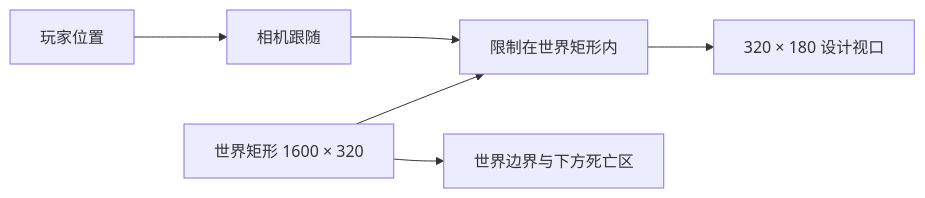
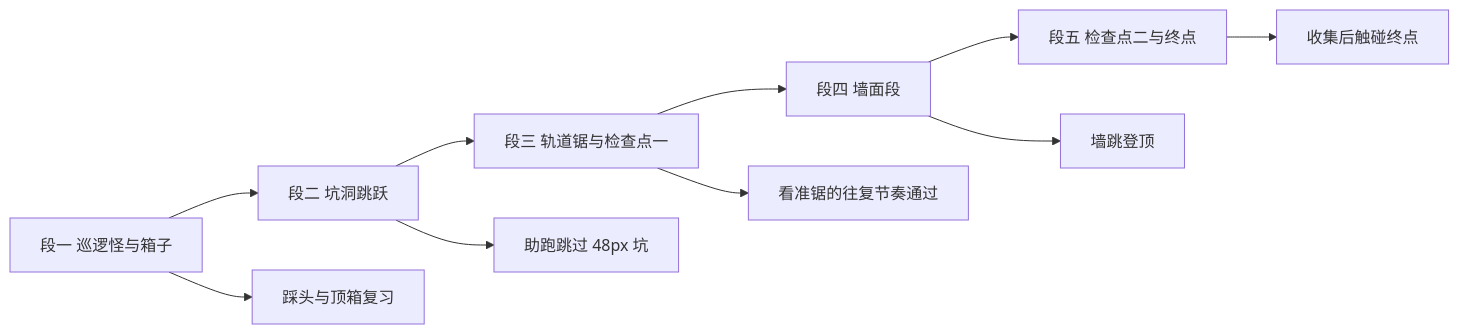
Before and after one commit to jesspig/Godot-Autopilot: the second of 3 diagrams in Example/docs/gdd/level-design.md, drawn with Mermaid. The commit also changed other lines of this file and 9 other files, not shown here.

````diff
--- a/Example/docs/gdd/level-design.md
+++ b/Example/docs/gdd/level-design.md
@@ -90,8 +145,12 @@
 ```mermaid
-graph LR
-    Player[玩家位置] --> Camera[相机跟随]
-    Camera --> Clamp[限制在世界矩形内]
-    Clamp --> View[320 × 180 设计视口]
-    World[世界矩形 1600 × 320] --> Clamp
-    World --> Bounds[世界边界与下方死亡区]
+flowchart LR
+    A[段一 巡逻怪与箱子] --> B[段二 坑洞跳跃]
+    B --> C[段三 轨道锯与检查点一]
+    C --> D[段四 墙面段]
+    D --> E[段五 检查点二与终点]
+    A --> A1[踩头与顶箱复习]
+    B --> B1[助跑跳过 48px 坑]
+    C --> C1[看准锯的往复节奏通过]
+    D --> D1[墙跳登顶]
+    E --> E1[收集后触碰终点]
 ```
````
